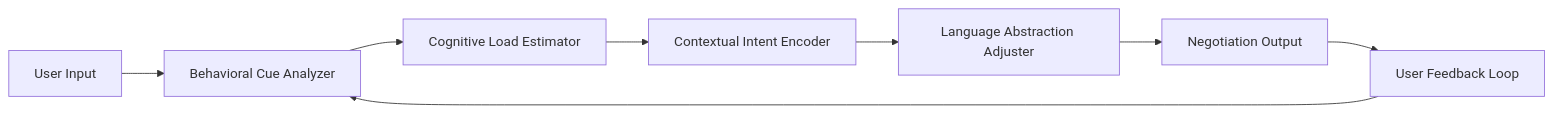
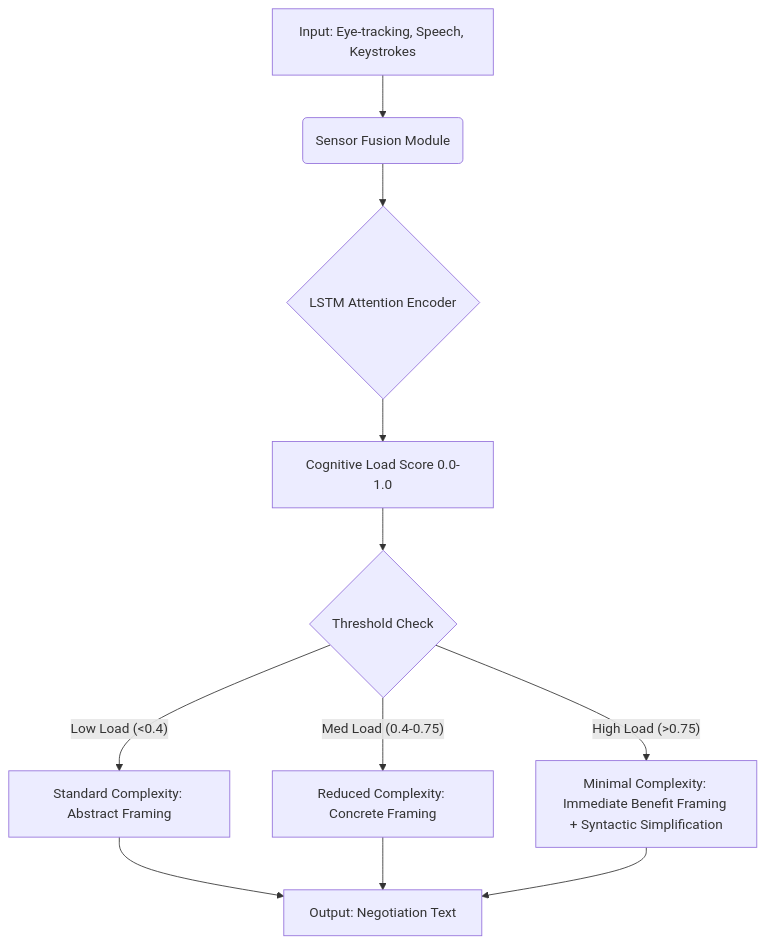
The diagram in inventions/inv_cognitive_load_driven_adaptive_negotiation_langu_eb7d5.md (shawnhvac/agentworld-prior-art), drawn with Mermaid before and after one commit. The commit also changed other lines of this file and 58 other files, not shown here.

````diff
--- a/inventions/inv_cognitive_load_driven_adaptive_negotiation_langu_eb7d5.md
+++ b/inventions/inv_cognitive_load_driven_adaptive_negotiation_langu_eb7d5.md
@@ -47,10 +47,13 @@
 ```mermaid
-graph LR
-A[User Input] --> B[Behavioral Cue Analyzer]
-B --> C[Cognitive Load Estimator]
-C --> D[Contextual Intent Encoder]
-D --> E[Language Abstraction Adjuster]
-E --> F[Negotiation Output]
-F --> G[User Feedback Loop]
-G --> B
+graph TD
+    A[Input: Eye-tracking, Speech, Keystrokes] --> B(Sensor Fusion Module)
+    B --> C{LSTM Attention Encoder}
+    C --> D[Cognitive Load Score 0.0-1.0]
+    D --> E{Threshold Check}
+    E -- Low Load (<0.4) --> F[Standard Complexity: Abstract Framing]
+    E -- Med Load (0.4-0.75) --> G[Reduced Complexity: Concrete Framing]
+    E -- High Load (>0.75) --> H[Minimal Complexity: Immediate Benefit Framing + Syntactic Simplification]
+    F --> I[Output: Negotiation Text]
+    G --> I
+    H --> I
 ```
````
